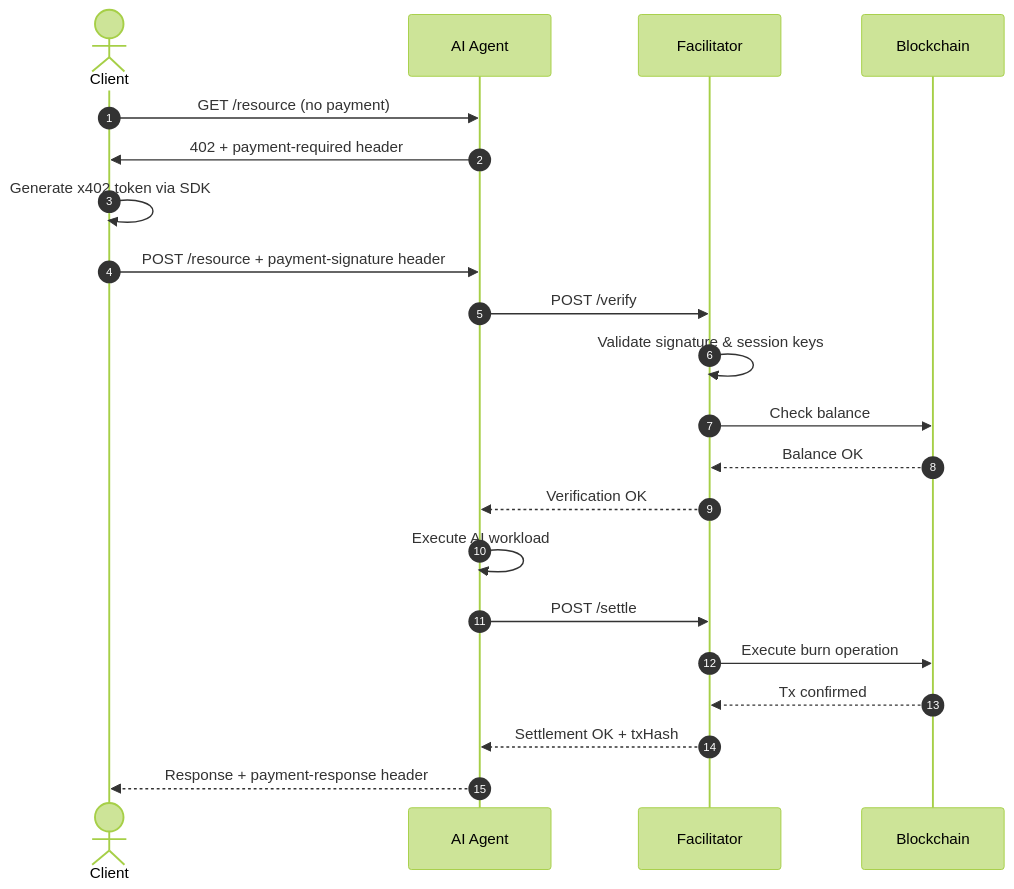
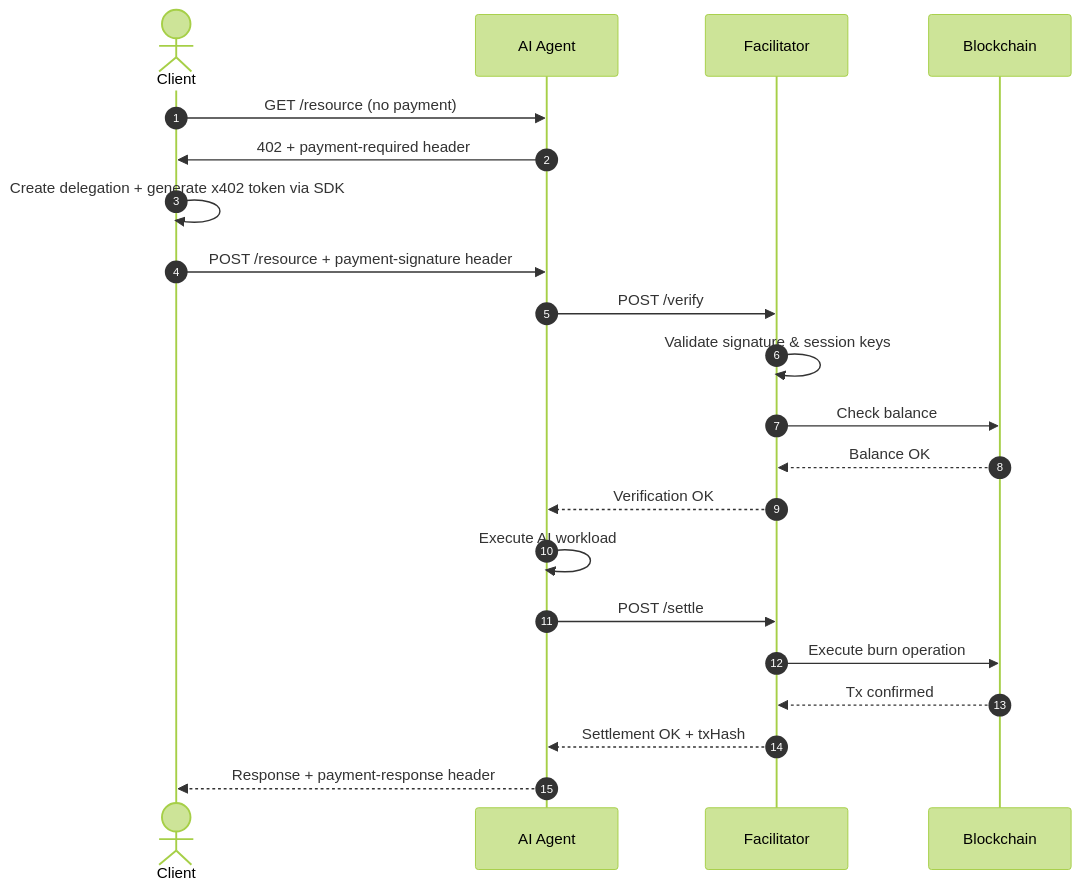
The diagram in docs/products/x402-facilitator/how-it-works.mdx (nevermined-io/docs), drawn with Mermaid (forest theme) before and after one commit. The commit also changed other lines of this file and 9 other files, not shown here.

First line of the commit message:
docs: update x402 documentation for delegation flow (#145)

````diff
--- a/docs/products/x402-facilitator/how-it-works.mdx
+++ b/docs/products/x402-facilitator/how-it-works.mdx
@@ -381,29 +406,29 @@
 ```mermaid
 sequenceDiagram
     autonumber
     actor Client
     participant Agent as AI Agent
     participant Facilitator
     participant Chain as Blockchain
 
     Client->>Agent: GET /resource (no payment)
     Agent->>Client: 402 + payment-required header
 
-    Client->>Client: Generate x402 token via SDK
+    Client->>Client: Create delegation + generate x402 token via SDK
     Client->>Agent: POST /resource + payment-signature header
 
     Agent->>Facilitator: POST /verify
     Facilitator->>Facilitator: Validate signature & session keys
     Facilitator->>Chain: Check balance
     Chain-->>Facilitator: Balance OK
     Facilitator-->>Agent: Verification OK
 
     Agent->>Agent: Execute AI workload
 
     Agent->>Facilitator: POST /settle
     Facilitator->>Chain: Execute burn operation
     Chain-->>Facilitator: Tx confirmed
     Facilitator-->>Agent: Settlement OK + txHash
 
     Agent-->>Client: Response + payment-response header
 ```
````
